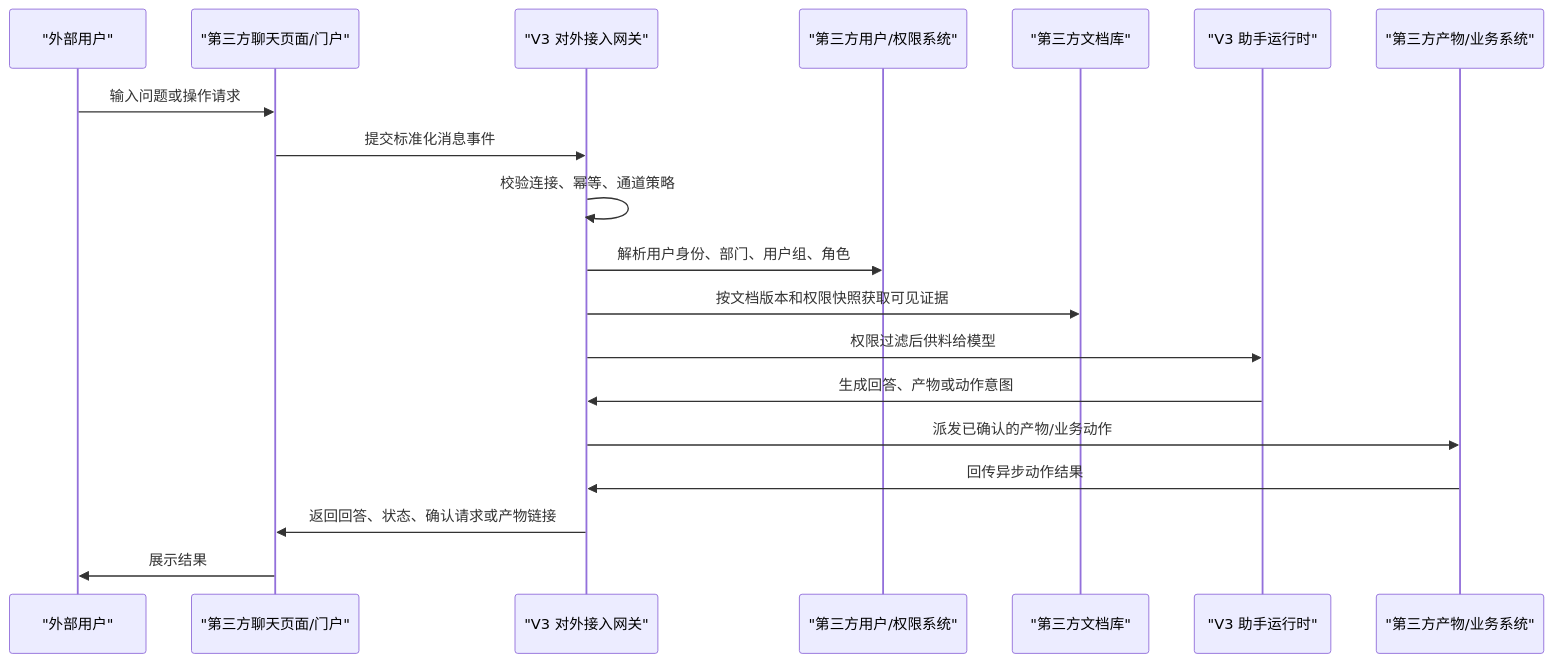
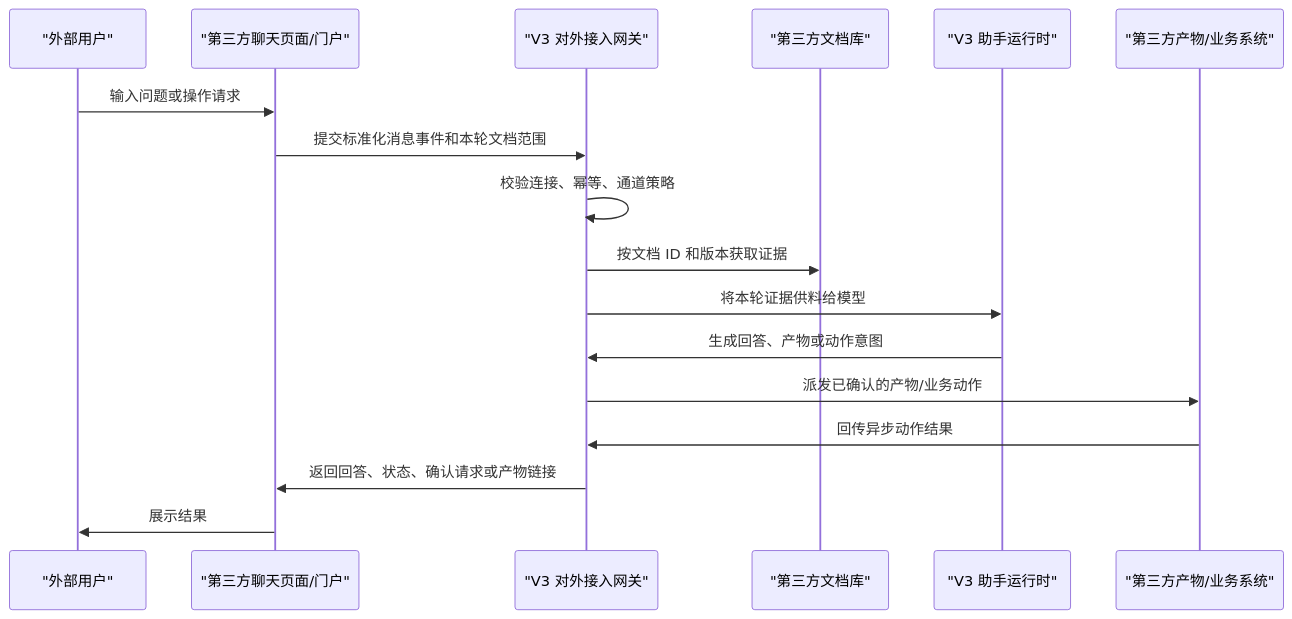
Before and after one commit to souleyez/AIV3: the diagram in docs/integrations/pure-third-party-integration-guide.zh-CN.md, drawn with Mermaid. The commit also changed other lines of this file and 3 other files, not shown here.

````diff
--- a/docs/integrations/pure-third-party-integration-guide.zh-CN.md
+++ b/docs/integrations/pure-third-party-integration-guide.zh-CN.md
@@ -25,22 +25,20 @@
 ```mermaid
 sequenceDiagram
   participant User as "外部用户"
   participant Page as "第三方聊天页面/门户"
   participant V3 as "V3 对外接入网关"
-  participant Identity as "第三方用户/权限系统"
   participant Docs as "第三方文档库"
   participant Runtime as "V3 助手运行时"
   participant Business as "第三方产物/业务系统"
 
   User->>Page: 输入问题或操作请求
-  Page->>V3: 提交标准化消息事件
+  Page->>V3: 提交标准化消息事件和本轮文档范围
   V3->>V3: 校验连接、幂等、通道策略
-  V3->>Identity: 解析用户身份、部门、用户组、角色
-  V3->>Docs: 按文档版本和权限快照获取可见证据
-  V3->>Runtime: 权限过滤后供料给模型
+  V3->>Docs: 按文档 ID 和版本获取证据
+  V3->>Runtime: 将本轮证据供料给模型
   Runtime->>V3: 生成回答、产物或动作意图
   V3->>Business: 派发已确认的产物/业务动作
   Business->>V3: 回传异步动作结果
   V3->>Page: 返回回答、状态、确认请求或产物链接
   Page->>User: 展示结果
 ```
````
